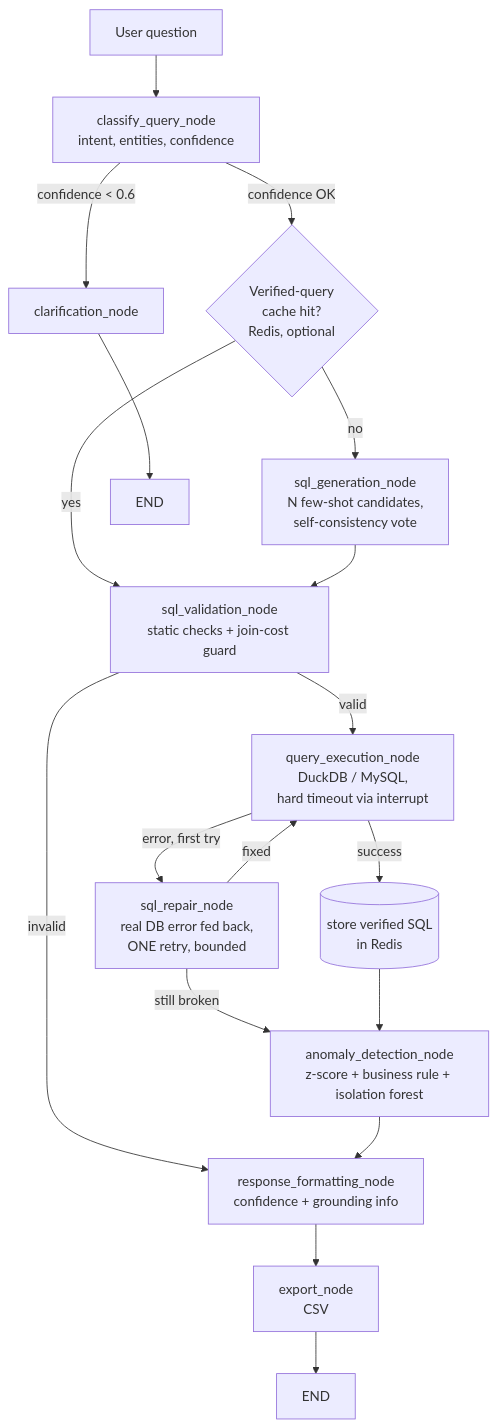
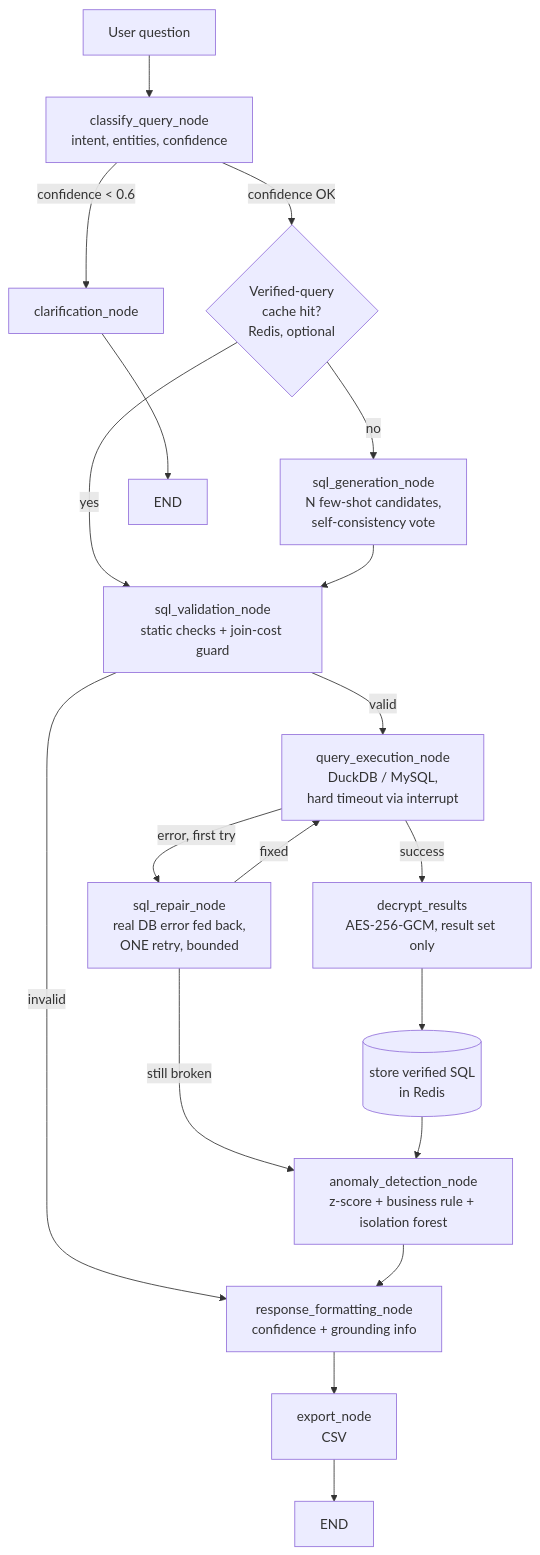
The diagram in INTERNAL_NOTES.md (Halcyora/TBX_final), drawn with Mermaid before and after one commit. The commit also changed other lines of this file and 17 other files, not shown here.

First line of the commit message:
feat: Implement AES-256-GCM decryption for sensitive columns

````diff
--- a/INTERNAL_NOTES.md
+++ b/INTERNAL_NOTES.md
@@ -203,20 +272,21 @@
 ```mermaid
 flowchart TD
     U[User question] --> CLS[classify_query_node<br/>intent, entities, confidence]
     CLS -->|confidence < 0.6| CLR[clarification_node]
     CLS -->|confidence OK| CACHE{Verified-query<br/>cache hit?<br/>Redis, optional}
     CACHE -->|yes| VAL
     CACHE -->|no| GEN[sql_generation_node<br/>N few-shot candidates,<br/>self-consistency vote]
     GEN --> VAL[sql_validation_node<br/>static checks + join-cost guard]
     VAL -->|invalid| RESP
     VAL -->|valid| EXEC[query_execution_node<br/>DuckDB / MySQL,<br/>hard timeout via interrupt]
     EXEC -->|error, first try| REPAIR[sql_repair_node<br/>real DB error fed back,<br/>ONE retry, bounded]
     REPAIR -->|fixed| EXEC
     REPAIR -->|still broken| ANOM
-    EXEC -->|success| CACHESTORE[(store verified SQL<br/>in Redis)]
+    EXEC -->|success| DECRYPT[decrypt_results<br/>AES-256-GCM, result set only]
+    DECRYPT --> CACHESTORE[(store verified SQL<br/>in Redis)]
     CACHESTORE --> ANOM[anomaly_detection_node<br/>z-score + business rule + isolation forest]
     ANOM --> RESP[response_formatting_node<br/>confidence + grounding info]
     RESP --> EXPORT[export_node<br/>CSV]
     CLR --> END1[END]
     EXPORT --> END2[END]
 ```
````
